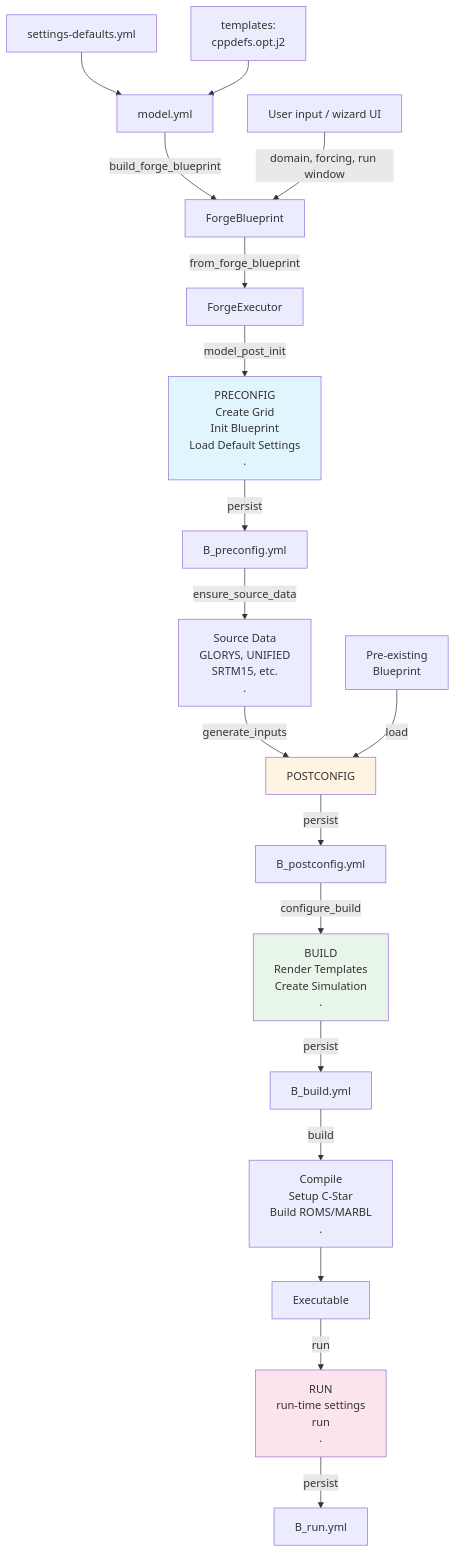
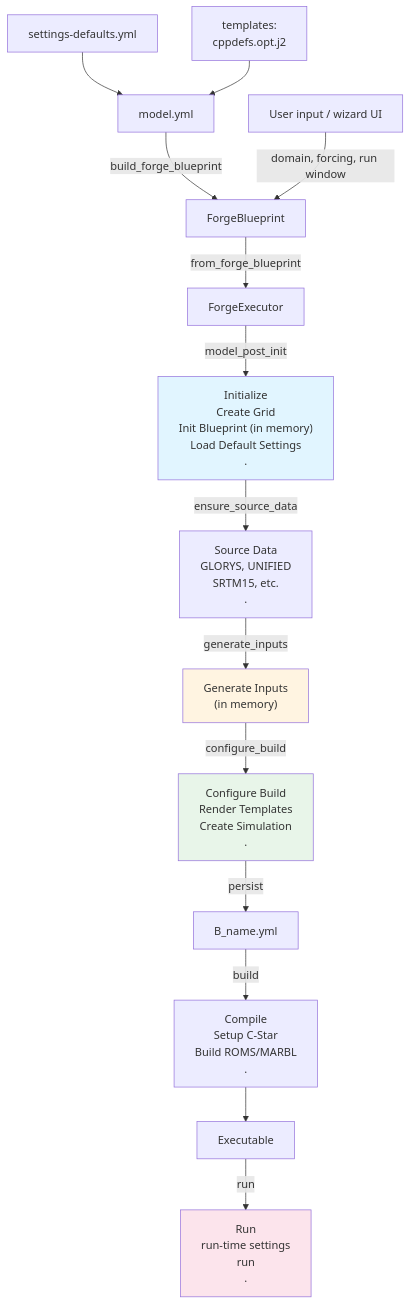
Before and after one commit to CWorthy-ocean/C-Star: the diagram in forge-import/docs/CStarSpecBuilder-overview.md, drawn with Mermaid. The commit also changed other lines of this file and 66 other files, not shown here.

````diff
--- a/forge-import/docs/CStarSpecBuilder-overview.md
+++ b/forge-import/docs/CStarSpecBuilder-overview.md
@@ -12,34 +17,29 @@
 ```{mermaid}
 flowchart TD
     S[settings-defaults.yml] --> A[model.yml]
     T["templates:<br/>cppdefs.opt.j2"] --> A[model.yml]
     A -->|build_forge_blueprint| B[ForgeBlueprint]
 
     C["User input / wizard UI"] -->|domain, forcing, run window| B
 
     B -->|from_forge_blueprint| D[ForgeExecutor]
 
-    D -->|model_post_init| E["PRECONFIG<br/>Create Grid<br/>Init Blueprint<br/>Load Default Settings<br/>."]
-    E -->|persist| F[B_preconfig.yml]
-    
-    F -->|ensure_source_data| G["Source Data<br/>GLORYS, UNIFIED<br/>SRTM15, etc.<br/>."]
-    
-    G -->|generate_inputs| H["POSTCONFIG<br/>"]
-    P1[Pre-existing<br/>Blueprint] -->|load| H
-    H -->|persist| I[B_postconfig.yml]
-    
-    I -->|configure_build| J["BUILD<br/>Render Templates<br/>Create Simulation<br/>."]
+    D -->|model_post_init| E["Initialize<br/>Create Grid<br/>Init Blueprint (in memory)<br/>Load Default Settings<br/>."]
 
-    J -->|persist| K[B_build.yml]
-    
+    E -->|ensure_source_data| G["Source Data<br/>GLORYS, UNIFIED<br/>SRTM15, etc.<br/>."]
+
+    G -->|generate_inputs| H["Generate Inputs<br/>(in memory)"]
+
+    H -->|configure_build| J["Configure Build<br/>Render Templates<br/>Create Simulation<br/>."]
+    J -->|persist| K[B_name.yml]
+
     K -->|build| L["Compile<br/>Setup C-Star<br/>Build ROMS/MARBL<br/>."]
     L --> M[Executable]
 
-    M -->|run| N["RUN<br/>run-time settings<br/>run<br/>."]
-    N -->|persist| O[B_run.yml]
-    
+    M -->|run| N["Run<br/>run-time settings<br/>run<br/>."]
+
     style E fill:#e1f5ff
     style H fill:#fff4e1
     style J fill:#e8f5e9
     style N fill:#fce4ec
 ```
````
